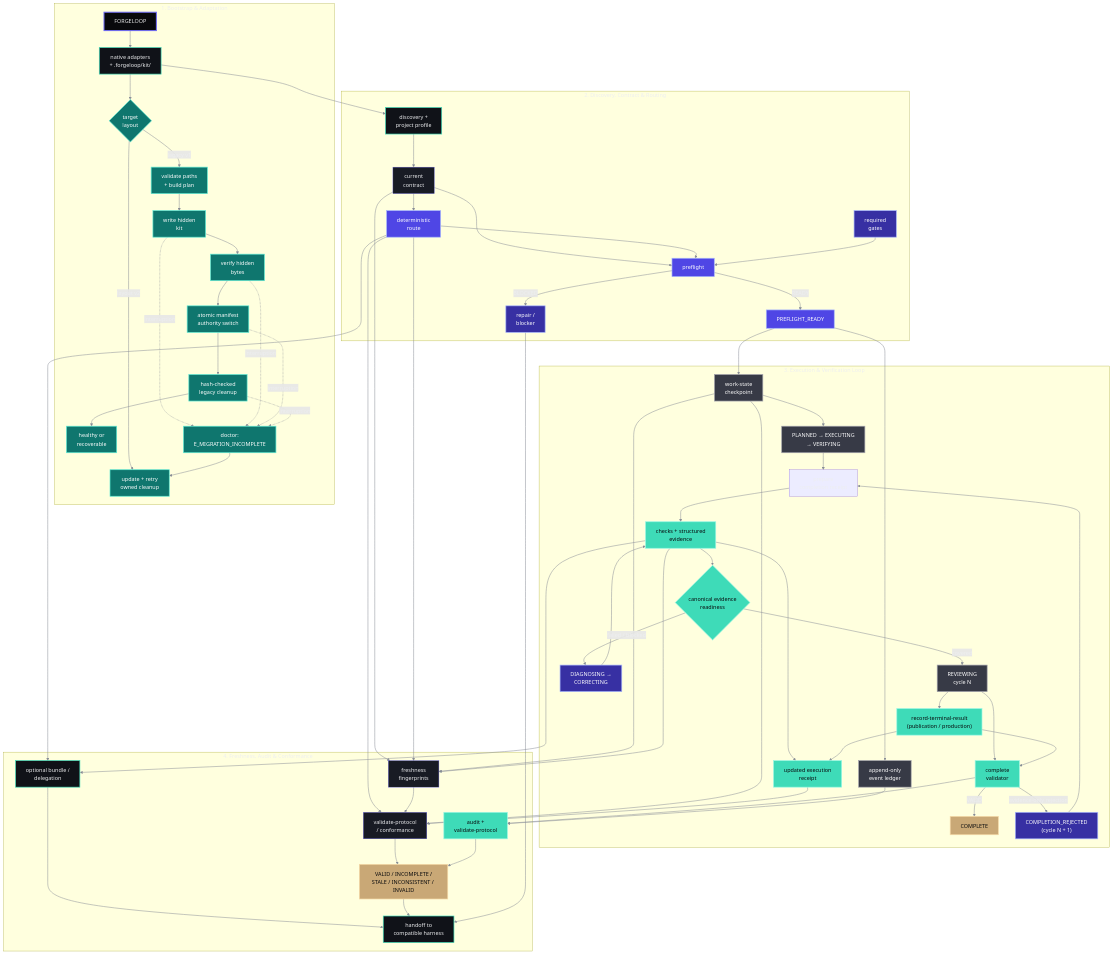
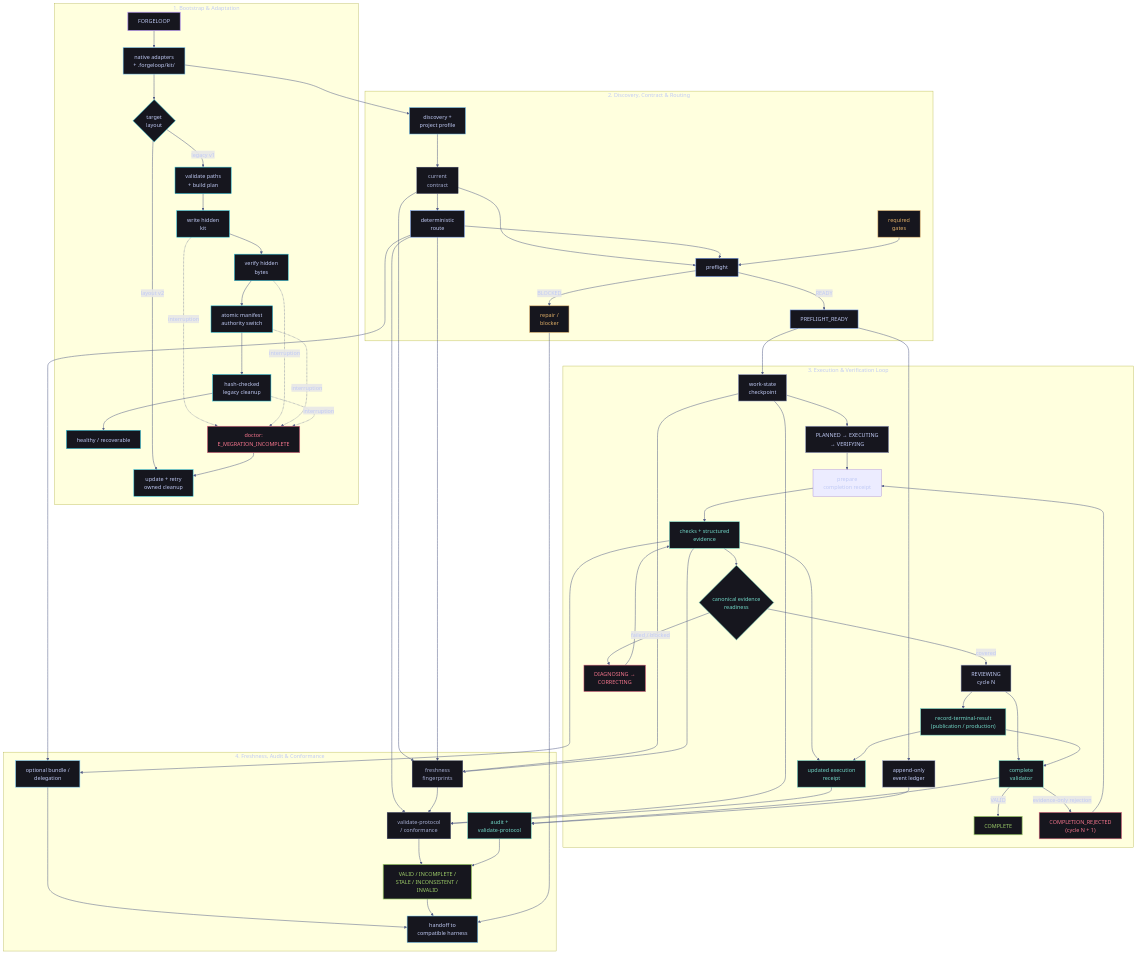
Before and after one commit to cassiomc1/ForgeLoop: the diagram in README.md, drawn with Mermaid.

Commit message:
Style Mermaid flowchart following beautiful-mermaid Tokyo Night theme

````diff
--- a/README.md
+++ b/README.md
@@ -57,6 +57,28 @@
 ```mermaid
+%%{init: {
+  'theme': 'base',
+  'themeVariables': {
+    'darkMode': true,
+    'background': '#0f1117',
+    'primaryColor': '#1a1b26',
+    'primaryTextColor': '#c0caf5',
+    'primaryBorderColor': '#7aa2f7',
+    'lineColor': '#565f89',
+    'secondaryColor': '#16161e',
+    'tertiaryColor': '#13141c',
+    'fontFamily': 'Inter, system-ui, -apple-system, BlinkMacSystemFont, "Segoe UI", Roboto, sans-serif',
+    'fontSize': '13px',
+    'mainBkg': '#1a1b26',
+    'nodeBorder': '#7aa2f7',
+    'clusterBkg': '#13141c',
+    'clusterBorder': '#292e42',
+    'defaultLinkColor': '#7aa2f7',
+    'titleColor': '#7aa2f7',
+    'edgeLabelBackground': '#16161e'
+  }
+}}%%
 flowchart TB
-  subgraph INIT["1. Bootstrap & Adaptation"]
+  subgraph BOOTSTRAP["1. Bootstrap & Adaptation"]
     root["FORGELOOP"]
     entry["native adapters<br/>+ .forgeloop/kit/"]
     migration{"target<br/>layout"}
@@ -65,7 +87,7 @@
     verified["verify hidden<br/>bytes"]
     authority["atomic manifest<br/>authority switch"]
     cleanup["hash-checked<br/>legacy cleanup"]
-    recovered["healthy or<br/>recoverable"]
+    recovered["healthy / recoverable"]
     incomplete["doctor:<br/>E_MIGRATION_INCOMPLETE"]
     retry["update + retry<br/>owned cleanup"]
   end
@@ -166,26 +188,29 @@
   verdict --> handoff
   blocker --> handoff
 
-  classDef root fill:#08090C,stroke:#6E6AF5,stroke-width:3px,color:#EDEEF0;
-  classDef entry fill:#101218,stroke:#3EDBB8,stroke-width:2px,color:#EDEEF0;
-  classDef migration fill:#0F766E,stroke:#5EEAD4,stroke-width:2px,color:#FFFFFF;
-  classDef routing fill:#4F46E5,stroke:#A5B4FC,stroke-width:2px,color:#FFFFFF;
-  classDef state fill:#373A46,stroke:#A1A1AA,stroke-width:2px,color:#FFFFFF;
-  classDef evidence fill:#3EDBB8,stroke:#99F6E4,stroke-width:2px,color:#08090C;
-  classDef fact fill:#181B24,stroke:#6E6AF5,stroke-width:1px,color:#EDEEF0;
-  classDef gate fill:#3730A3,stroke:#A5B4FC,stroke-width:2px,color:#FFFFFF;
-  classDef result fill:#C9A876,stroke:#F5D9A6,stroke-width:2px,color:#08090C;
-  classDef harness fill:#101218,stroke:#3EDBB8,stroke-width:2px,color:#EDEEF0;
+  classDef root fill:#16161e,stroke:#bb9af7,stroke-width:2px,color:#c0caf5;
+  classDef entry fill:#16161e,stroke:#7dcfff,stroke-width:1.5px,color:#c0caf5;
+  classDef migration fill:#16161e,stroke:#2ac3de,stroke-width:1.5px,color:#c0caf5;
+  classDef routing fill:#16161e,stroke:#7aa2f7,stroke-width:1.5px,color:#c0caf5;
+  classDef state fill:#16161e,stroke:#a9b1d6,stroke-width:1.5px,color:#c0caf5;
+  classDef evidence fill:#16161e,stroke:#73daca,stroke-width:1.5px,color:#73daca;
+  classDef gate fill:#16161e,stroke:#e0af68,stroke-width:1.5px,color:#e0af68;
+  classDef danger fill:#16161e,stroke:#f7768e,stroke-width:1.5px,color:#f7768e;
+  classDef result fill:#16161e,stroke:#9ece6a,stroke-width:2px,color:#9ece6a;
+  classDef fact fill:#16161e,stroke:#565f89,stroke-width:1px,color:#a9b1d6;
+  classDef harness fill:#16161e,stroke:#7dcfff,stroke-width:1.5px,color:#c0caf5;
 
   class root root;
   class entry,discovery,delegation entry;
-  class migration,plan,hidden,verified,authority,cleanup,recovered,retry,incomplete migration;
+  class migration,plan,hidden,verified,authority,cleanup,recovered,retry migration;
+  class incomplete danger;
   class routing,preflight,ready routing;
   class state,events,lifecycle,review state;
   class checks,readiness,receipt,complete,audit,terminal_result evidence;
-  class diagnose,rejected,gates,blocker gate;
+  class gates,blocker gate;
+  class diagnose,rejected danger;
   class terminal,verdict result;
   class contract,freshness,conformance fact;
   class handoff harness;
-  linkStyle default stroke:#8A8F98,stroke-width:1.5px;
+  linkStyle default stroke:#565f89,stroke-width:1.5px;
 ```
````
